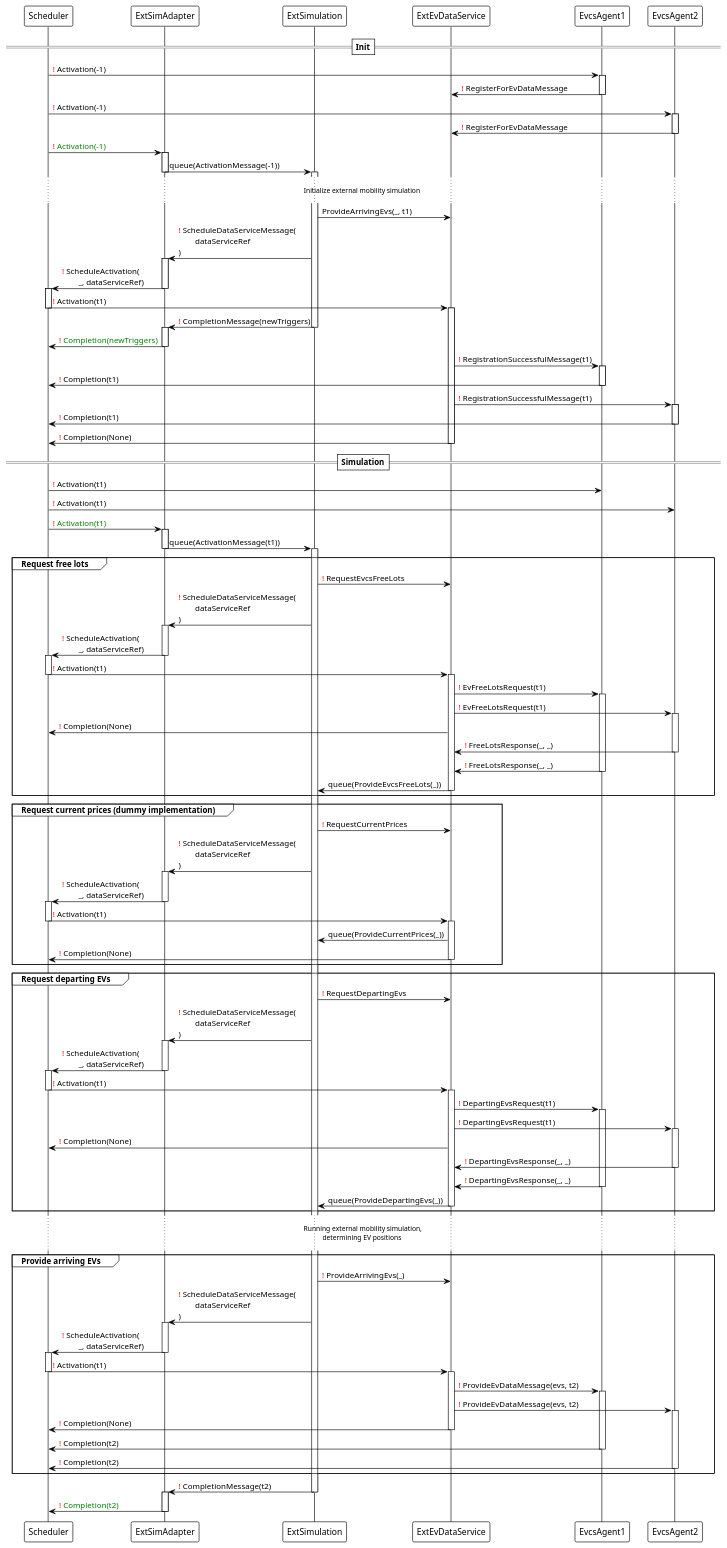
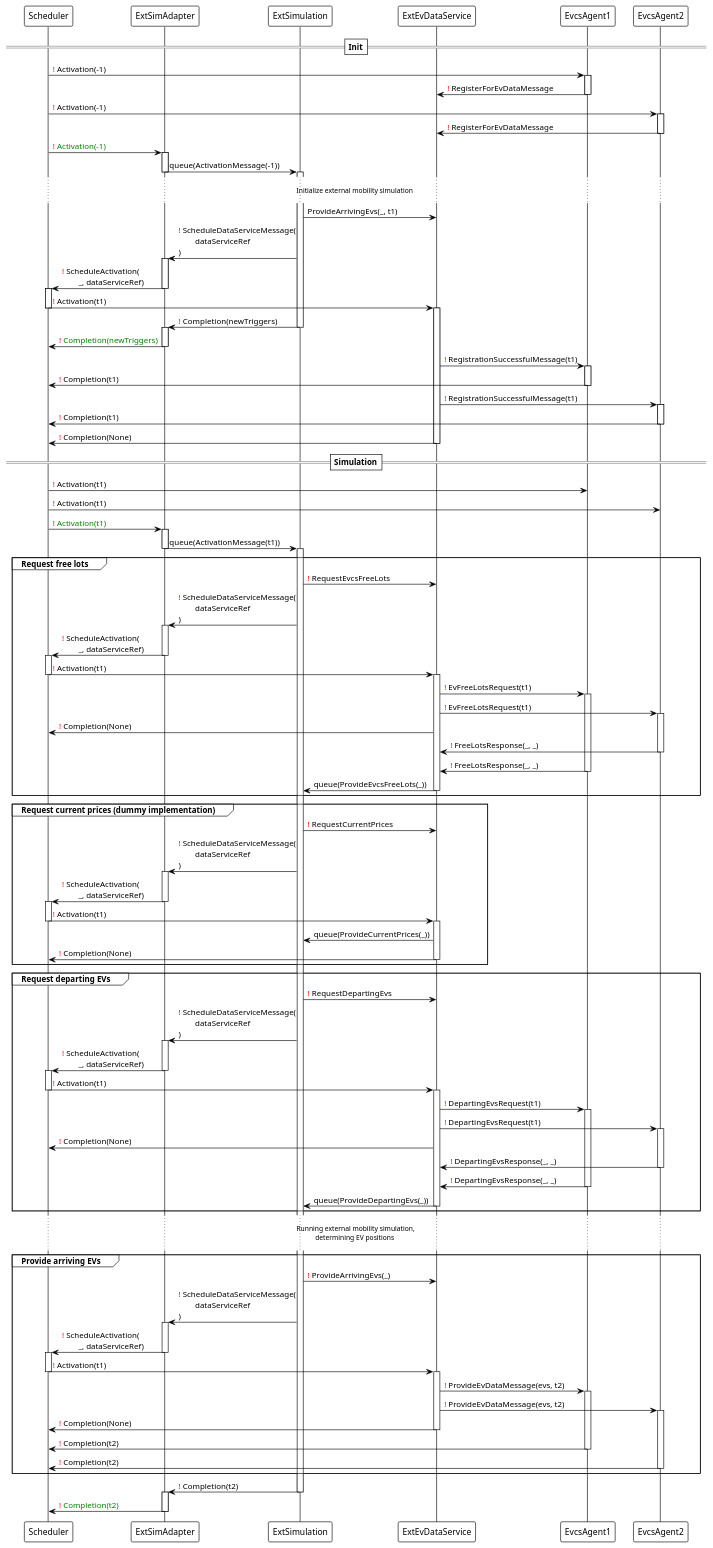
The diagram in docs/uml/protocol/ExtEvSimulationSequence.puml (ie3-institute/simona), drawn with PlantUML before and after one commit. The commit also changed 6 other files, not shown here.

Commit message:
Renamed UML variables ActivityStartTrigger, ScheduleTriggerMessage, CompletionMessage

```diff
--- a/docs/uml/protocol/ExtEvSimulationSequence.puml
+++ b/docs/uml/protocol/ExtEvSimulationSequence.puml
@@ -43,7 +43,7 @@
 deactivate Scheduler
 activate ExtEvDataService
 
-ExtSimulation -> ExtSimAdapter: <font color=red>!</font> CompletionMessage(newTriggers)
+ExtSimulation -> ExtSimAdapter: <font color=red>!</font> Completion(newTriggers)
 deactivate ExtSimulation
 activate ExtSimAdapter
 
@@ -192,7 +192,7 @@
     deactivate EvcsAgent2
 end
 
-ExtSimulation -> ExtSimAdapter: <font color=red>!</font> CompletionMessage(t2)
+ExtSimulation -> ExtSimAdapter: <font color=red>!</font> Completion(t2)
 deactivate ExtSimulation
 activate ExtSimAdapter
 
```
